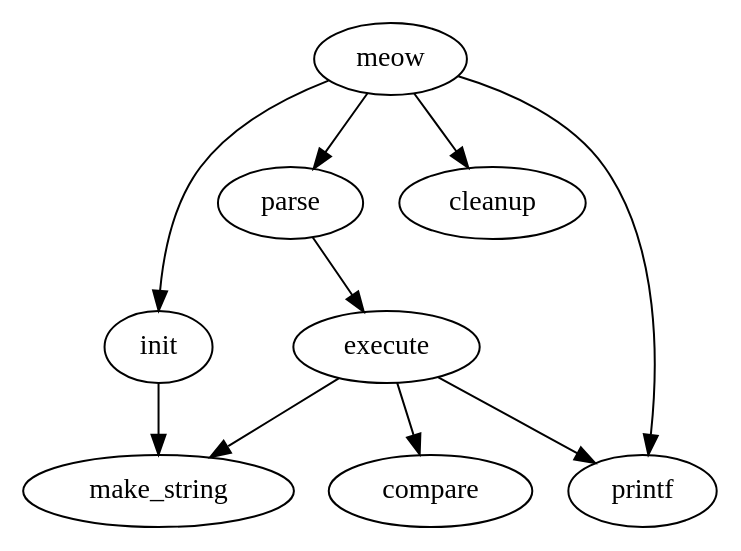
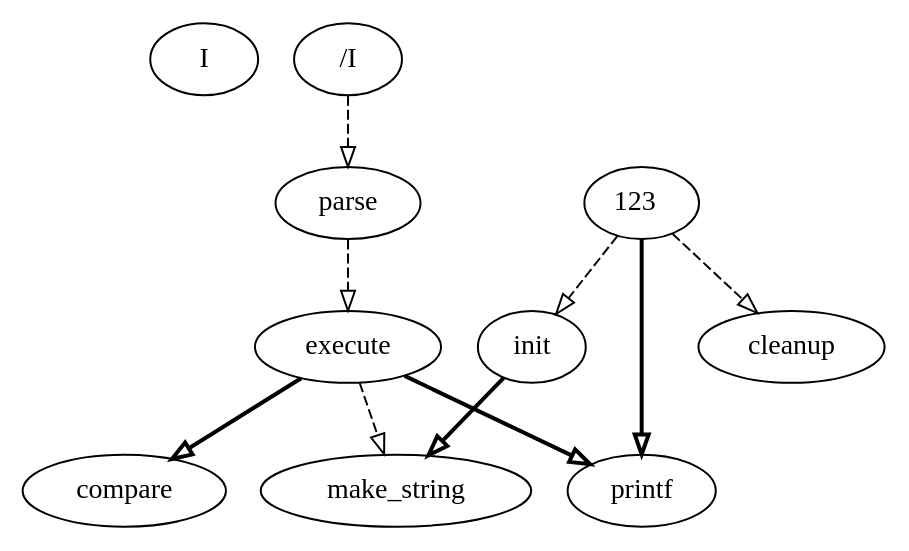
One commit to SashaMoe/Ragdoll changed the diagram in bin/trytrytry/CatOne.gv. Above: the diagram before and after it, drawn with Graphviz. The commit also changed 4 other files, not shown here.

```diff
--- a/bin/trytrytry/CatOne.gv
+++ b/bin/trytrytry/CatOne.gv
@@ -1,10 +1,19 @@
 digraph G {
-meow -> parse -> execute;
+edge [
+style = dashed
+arrowhead = empty
+]
+  <I>meow</I> -> parse -> execute;
   meow -> init;
   meow -> cleanup;
   execute -> make_string;
+  edge [
+style = bold
+arrowhead = empty
+]
   execute -> printf
   init -> make_string;
   meow -> printf;
   execute -> compare;
+  meow [label=<123>]
 }
```
